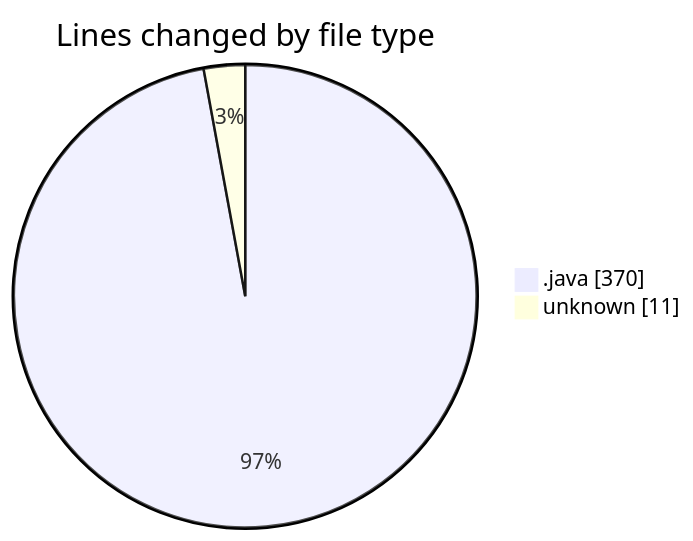
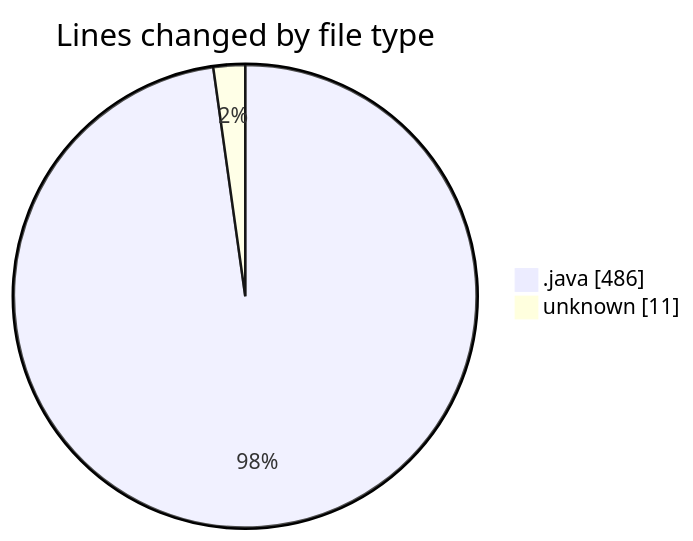
One commit to ricardozamudiocil/code-tracking changed the first of 2 diagrams in 2026-04-27/cilapp/README.md. Above: the diagram before and after it, drawn with Mermaid. The commit also changed other lines of this file and 1 other file, not shown here.

````diff
--- a/2026-04-27/cilapp/README.md
+++ b/2026-04-27/cilapp/README.md
@@ -22,6 +22,6 @@
 ```mermaid
 pie showData
 title Lines changed by file type
-".java" : 370
+".java" : 486
 "unknown" : 11
 ```
````
